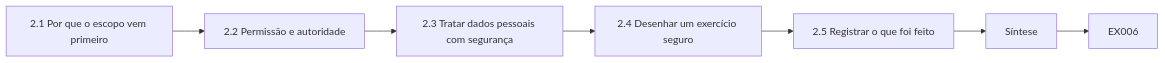
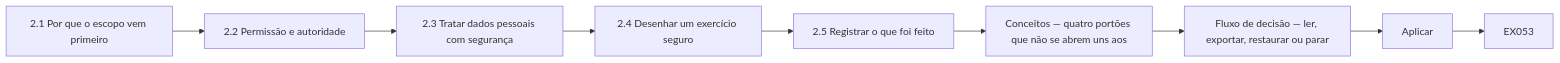
Before and after one commit to hiagokinlevi/CyKin: the fifth of 12 diagrams in levels/rapid-1-month/security-governance-risk-compliance/pt/book/MANUSCRIPT.md, drawn with Mermaid. The commit also changed other lines of this file and 1 other file, not shown here.

````diff
--- a/levels/rapid-1-month/security-governance-risk-compliance/pt/book/MANUSCRIPT.md
+++ b/levels/rapid-1-month/security-governance-risk-compliance/pt/book/MANUSCRIPT.md
@@ -251,10 +304,12 @@
 ```mermaid
 flowchart LR
   N0["2.1 Por que o escopo vem primeiro"]
   N1["2.2 Permissão e autoridade"]
   N2["2.3 Tratar dados pessoais com segurança"]
   N3["2.4 Desenhar um exercício seguro"]
   N4["2.5 Registrar o que foi feito"]
-  N5["Síntese"]
-  N0 --> N1 --> N2 --> N3 --> N4 --> N5 --> Q["EX006"]
+  N5["Conceitos — quatro portões que não se abrem uns aos"]
+  N6["Fluxo de decisão — ler, exportar, restaurar ou parar"]
+  N7["Aplicar"]
+  N0 --> N1 --> N2 --> N3 --> N4 --> N5 --> N6 --> N7 --> Q["EX053"]
 ```
````
